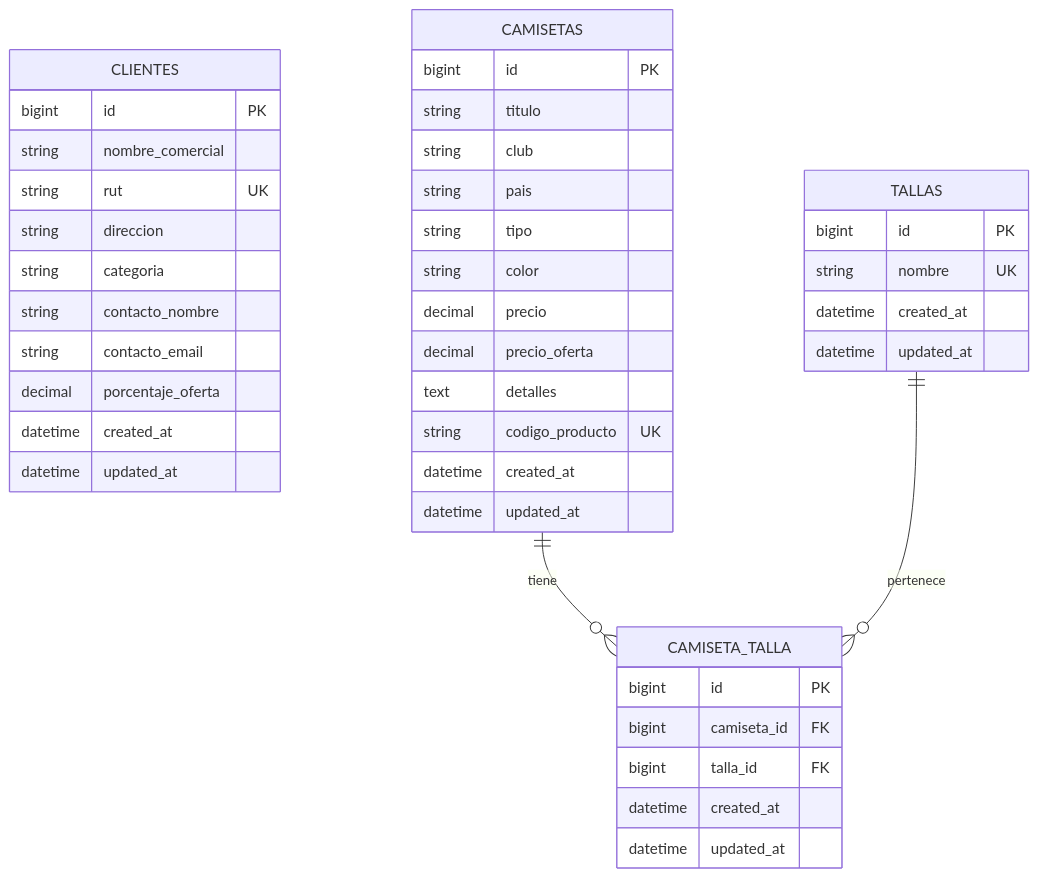
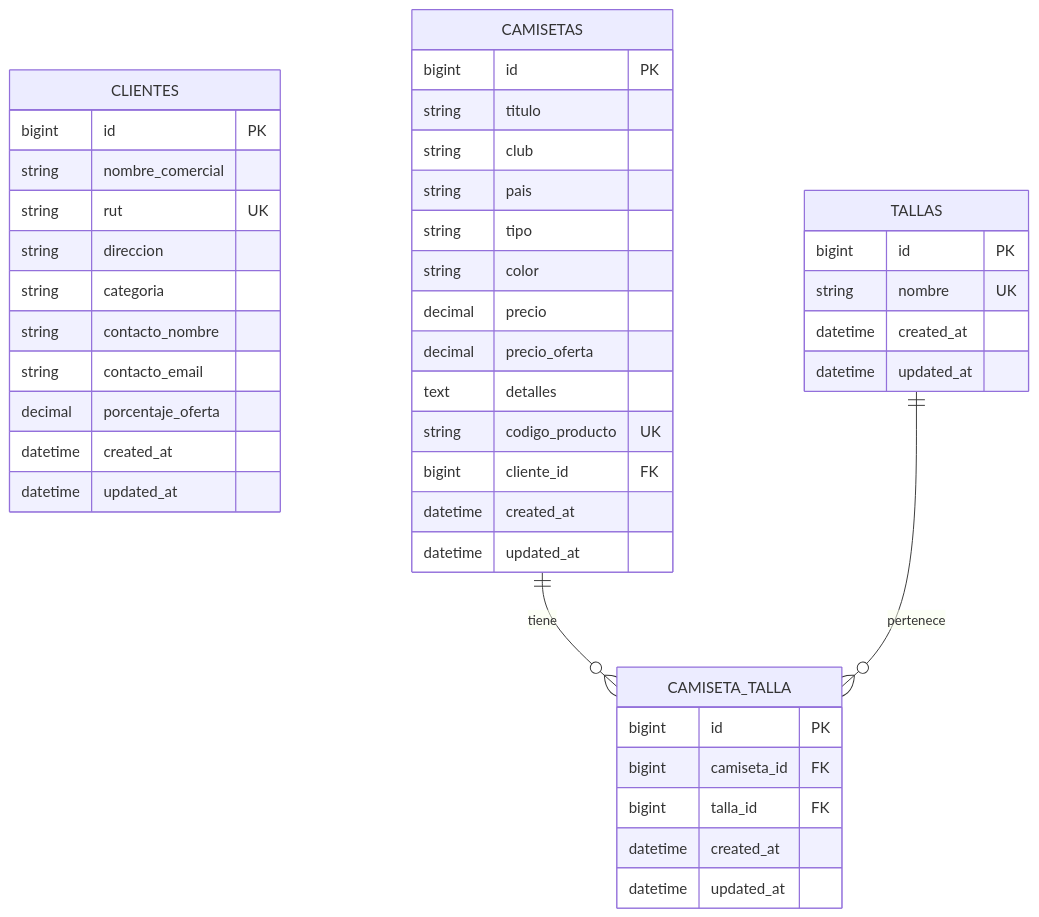
The second of 2 diagrams in GUIA_ENDPOINTS_TODOCAMISETAS.md (aincatoni/todocamisetas), drawn with Mermaid before and after one commit. The commit also changed other lines of this file and 4 other files, not shown here.

````diff
--- a/GUIA_ENDPOINTS_TODOCAMISETAS.md
+++ b/GUIA_ENDPOINTS_TODOCAMISETAS.md
@@ -56,48 +57,49 @@
 ```mermaid
 erDiagram
     CLIENTES {
         bigint id PK
         string nombre_comercial
         string rut UK
         string direccion
         string categoria
         string contacto_nombre
         string contacto_email
         decimal porcentaje_oferta
         datetime created_at
         datetime updated_at
     }
 
     CAMISETAS {
         bigint id PK
         string titulo
         string club
         string pais
         string tipo
         string color
         decimal precio
         decimal precio_oferta
         text detalles
         string codigo_producto UK
+        bigint cliente_id FK
         datetime created_at
         datetime updated_at
     }
 
     TALLAS {
         bigint id PK
         string nombre UK
         datetime created_at
         datetime updated_at
     }
 
     CAMISETA_TALLA {
         bigint id PK
         bigint camiseta_id FK
         bigint talla_id FK
         datetime created_at
         datetime updated_at
     }
 
     CAMISETAS ||--o{ CAMISETA_TALLA : tiene
     TALLAS ||--o{ CAMISETA_TALLA : pertenece
 ```
````
